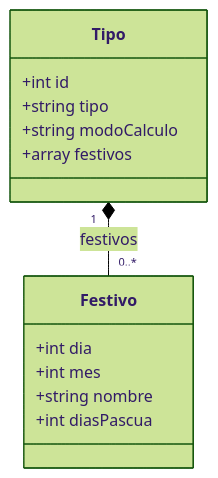
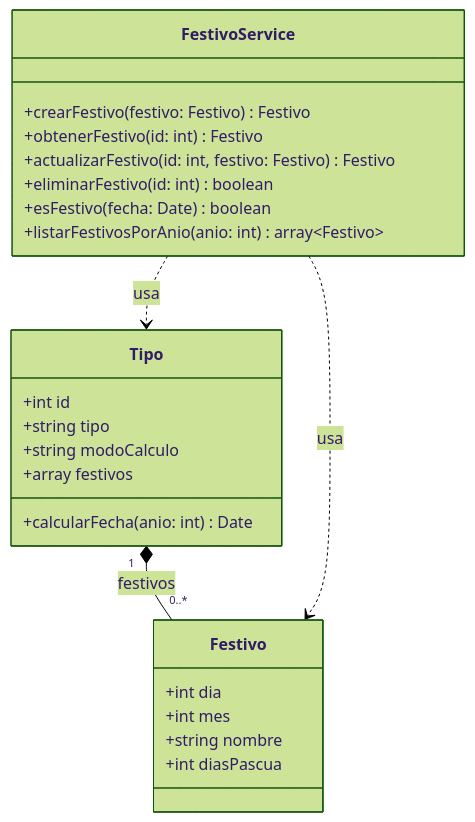
One commit to ivnmorales/Proyecto_Arquitectura_Festivos changed the diagram in diagramas/modelo-objetual-festivos.md. Above: the diagram before and after it, drawn with Mermaid (forest theme).

Commit message:
Agrega festivoservices para el crud

````diff
--- a/diagramas/modelo-objetual-festivos.md
+++ b/diagramas/modelo-objetual-festivos.md
@@ -3,20 +3,32 @@
 ```mermaid
 classDiagram
 direction TB
 
 class Tipo {
     +int id
     +string tipo
     +string modoCalculo
     +array festivos
+    +calcularFecha(anio: int) Date
 }
 
 class Festivo {
     +int dia
     +int mes
     +string nombre
     +int diasPascua
 }
 
+class FestivoService {
+    +crearFestivo(festivo: Festivo) Festivo
+    +obtenerFestivo(id: int) Festivo
+    +actualizarFestivo(id: int, festivo: Festivo) Festivo
+    +eliminarFestivo(id: int) boolean
+    +esFestivo(fecha: Date) boolean
+    +listarFestivosPorAnio(anio: int) array~Festivo~
+}
+
 Tipo "1" *-- "0..*" Festivo : festivos
+FestivoService ..> Tipo : usa
+FestivoService ..> Festivo : usa
 ```
````
